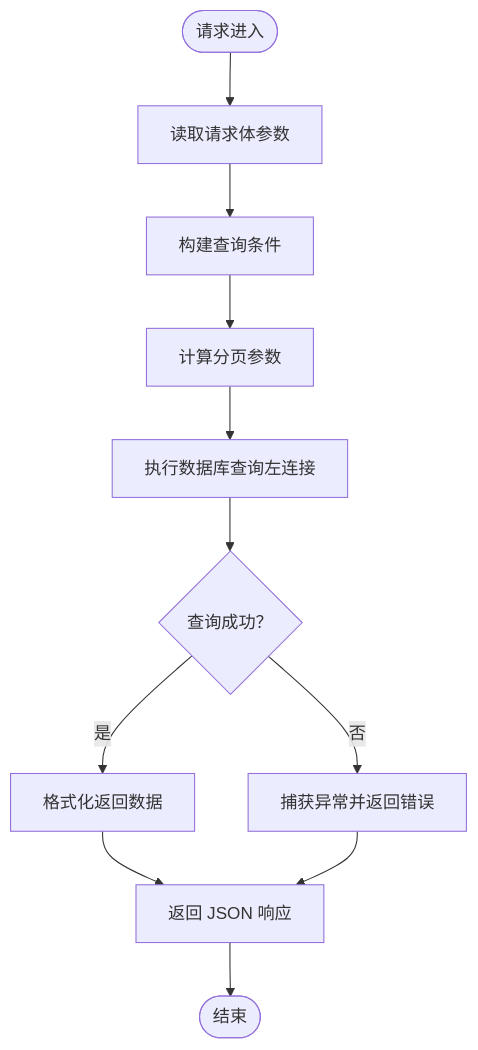
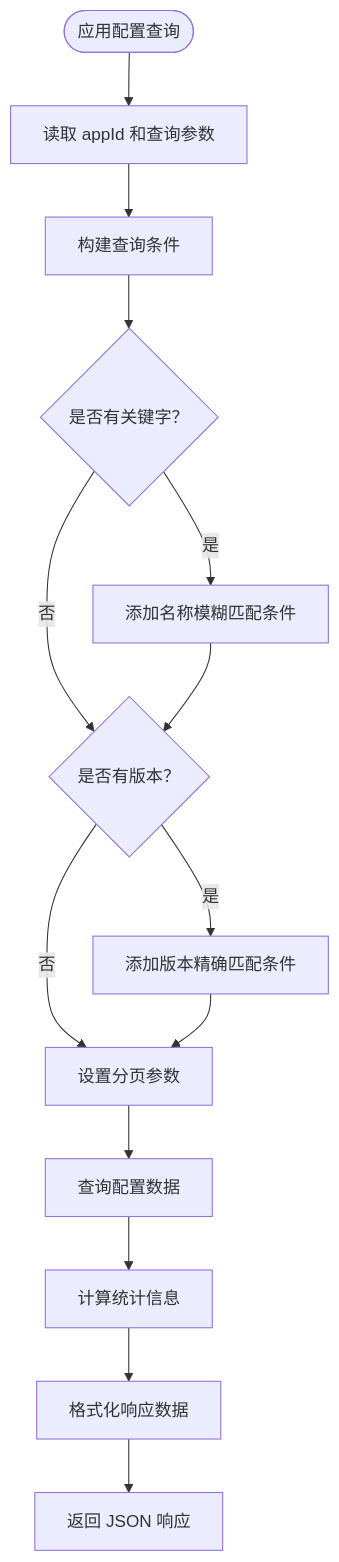
The fourth of 8 diagrams in .qoder/repowiki/zh/content/数据库集成/API 接口设计/应用管理 API.md (HAOFUYANG/nextjs-admin), drawn with Mermaid before and after one commit. The commit also changed other lines of this file and 6 other files, not shown here.

````diff
--- a/.qoder/repowiki/zh/content/数据库集成/API 接口设计/应用管理 API.md
+++ b/.qoder/repowiki/zh/content/数据库集成/API 接口设计/应用管理 API.md
@@ -123,13 +182,16 @@
 ```mermaid
 flowchart TD
-START(["请求进入"]) --> READ["读取请求体参数"]
-READ --> BUILD["构建查询条件"]
-BUILD --> PAGE["计算分页参数"]
-PAGE --> QUERY["执行数据库查询左连接"]
-QUERY --> RESULT{"查询成功？"}
-RESULT --> |是| FORMAT["格式化返回数据"]
-RESULT --> |否| ERROR["捕获异常并返回错误"]
-FORMAT --> RESP["返回 JSON 响应"]
-ERROR --> RESP
-RESP --> END(["结束"])
+START(["应用配置查询"]) --> READ_PARAMS["读取 appId 和查询参数"]
+READ_PARAMS --> BUILD_COND["构建查询条件"]
+BUILD_COND --> KEYWORD_CHECK{"是否有关键字？"}
+KEYWORD_CHECK --> |是| ADD_KEYWORD["添加名称模糊匹配条件"]
+KEYWORD_CHECK --> |否| VERSION_CHECK{"是否有版本？"}
+ADD_KEYWORD --> VERSION_CHECK
+VERSION_CHECK --> |是| ADD_VERSION["添加版本精确匹配条件"]
+VERSION_CHECK --> |否| PAGE_SETUP["设置分页参数"]
+ADD_VERSION --> PAGE_SETUP
+PAGE_SETUP --> QUERY_DATA["查询配置数据"]
+QUERY_DATA --> STATS["计算统计信息"]
+STATS --> FORMAT_RESP["格式化响应数据"]
+FORMAT_RESP --> RESP["返回 JSON 响应"]
 ```
````
